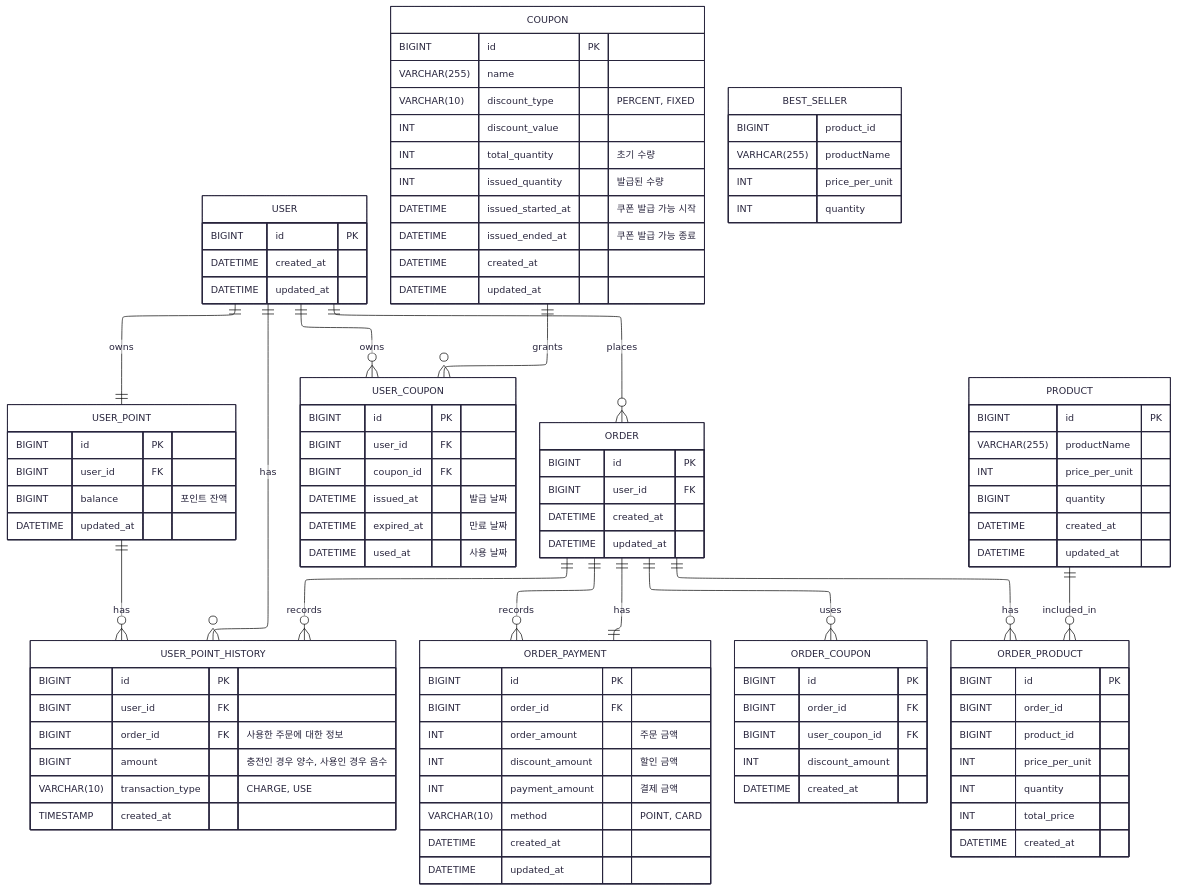
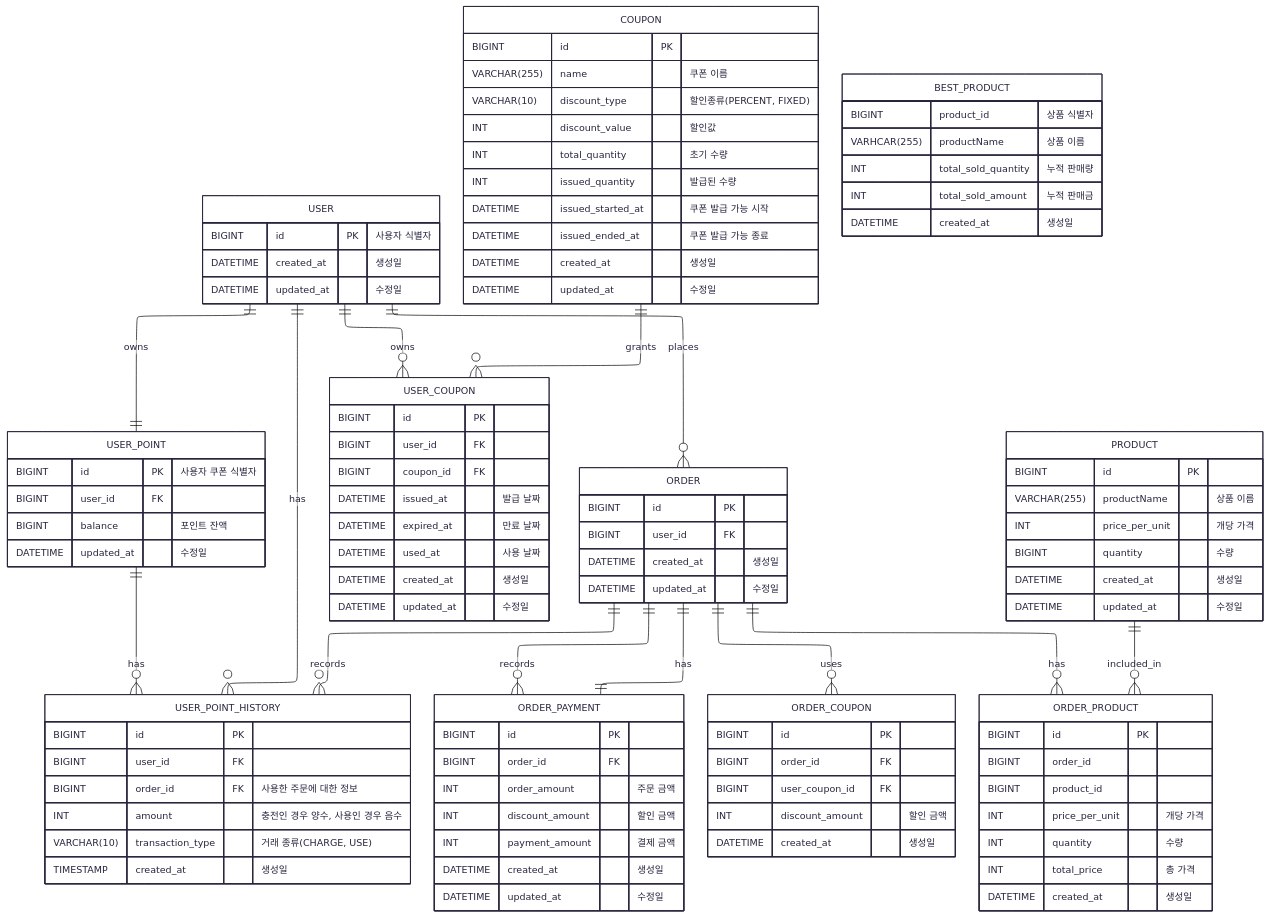
Before and after one commit to kdmstj/hanghae_ecommerce: the diagram in docs/erd.md, drawn with Mermaid.

Commit message:
chore: ERD 수정
- BEST_SELLER 테이블명을 BEST_PRODUCT로 변경
- BEST_PRODUCT에 필요한 정보로 price_per_unit, quantity 제거하고, total_sold_quantity, total_sold_amount 필드 추가
- ORDER_PAYMENT의 method 필드 제거
- ERD 전반에 주석을 보완해 가독성 향상

````diff
--- a/docs/erd.md
+++ b/docs/erd.md
@@ -6,40 +6,40 @@
 ---
 erDiagram
     USER {
-        BIGINT id PK
-        DATETIME created_at
-        DATETIME updated_at
+        BIGINT id PK "사용자 식별자"
+        DATETIME created_at "생성일"
+        DATETIME updated_at "수정일"
     }
     USER ||--|| USER_POINT : owns
     USER ||--o{ USER_POINT_HISTORY : has
     USER ||--o{ USER_COUPON : owns
     USER ||--o{ ORDER : places   
     USER_POINT {
-        BIGINT id PK
-        BIGINT user_id FK
+        BIGINT id PK "사용자 쿠폰 식별자"
+        BIGINT user_id FK 
         BIGINT balance "포인트 잔액"
-        DATETIME updated_at
+        DATETIME updated_at "수정일"
     }
     USER_POINT ||--o{ USER_POINT_HISTORY : has
     USER_POINT_HISTORY {
         BIGINT id PK
         BIGINT user_id FK
         BIGINT order_id FK  "사용한 주문에 대한 정보"
-        BIGINT amount "충전인 경우 양수, 사용인 경우 음수"
-        VARCHAR(10) transaction_type "CHARGE, USE"
-        TIMESTAMP created_at
+        INT amount "충전인 경우 양수, 사용인 경우 음수"
+        VARCHAR(10) transaction_type "거래 종류(CHARGE, USE)"
+        TIMESTAMP created_at "생성일"
     }
     COUPON {
         BIGINT id PK
-        VARCHAR(255) name
-        VARCHAR(10) discount_type "PERCENT, FIXED"
-        INT discount_value 
+        VARCHAR(255) name "쿠폰 이름"
+        VARCHAR(10) discount_type "할인종류(PERCENT, FIXED)"
+        INT discount_value "할인값"
         INT total_quantity "초기 수량"
         INT issued_quantity "발급된 수량"
         DATETIME issued_started_at "쿠폰 발급 가능 시작"
         DATETIME issued_ended_at  "쿠폰 발급 가능 종료"
-        DATETIME created_at
-        DATETIME updated_at
+        DATETIME created_at "생성일"
+        DATETIME updated_at "수정일"
     }
     COUPON ||--o{ USER_COUPON : grants
     USER_COUPON {
@@ -49,12 +49,14 @@
         DATETIME issued_at "발급 날짜"
         DATETIME expired_at "만료 날짜"
         DATETIME used_at "사용 날짜"
+        DATETIME created_at "생성일"
+        DATETIME updated_at "수정일"
     }
     ORDER {
         BIGINT id PK
         BIGINT user_id FK
-        DATETIME created_at
-        DATETIME updated_at
+        DATETIME created_at "생성일"
+        DATETIME updated_at "수정일"
     }
     ORDER ||--|| ORDER_PAYMENT : has
     ORDER ||--o{ USER_POINT_HISTORY : records
@@ -66,41 +68,41 @@
         INT order_amount "주문 금액"
         INT discount_amount "할인 금액"
         INT payment_amount "결제 금액"
-        VARCHAR(10) method "POINT, CARD"
-        DATETIME created_at
-        DATETIME updated_at
+        DATETIME created_at "생성일"
+        DATETIME updated_at "수정일"
     }
     ORDER_COUPON {
         BIGINT id PK
         BIGINT order_id FK
         BIGINT user_coupon_id FK
-        INT discount_amount
-        DATETIME created_at
+        INT discount_amount "할인 금액"
+        DATETIME created_at "생성일"
     }
     ORDER ||--o{ ORDER_PAYMENT : records
     ORDER_PRODUCT {
         BIGINT id PK
         BIGINT order_id
         BIGINT product_id
-        INT price_per_unit
-        INT quantity
-        INT total_price
-        DATETIME created_at
+        INT price_per_unit "개당 가격"
+        INT quantity "수량"
+        INT total_price "총 가격"
+        DATETIME created_at "생성일"
     }
     PRODUCT ||--o{ ORDER_PRODUCT : included_in
     PRODUCT {
         BIGINT id PK
-        VARCHAR(255) productName
-        INT price_per_unit
-        BIGINT quantity
-        DATETIME created_at
-        DATETIME updated_at
+        VARCHAR(255) productName "상품 이름"
+        INT price_per_unit "개당 가격"
+        BIGINT quantity "수량"
+        DATETIME created_at "생성일"
+        DATETIME updated_at "수정일"
     }
 
-    BEST_SELLER{
-        BIGINT product_id
-        VARHCAR(255) productName
-        INT price_per_unit
-        INT quantity
+    BEST_PRODUCT{
+        BIGINT product_id "상품 식별자"
+        VARHCAR(255) productName "상품 이름"
+        INT total_sold_quantity "누적 판매량"
+        INT total_sold_amount "누적 판매금"
+        DATETIME created_at "생성일"
     }
 ```
````
